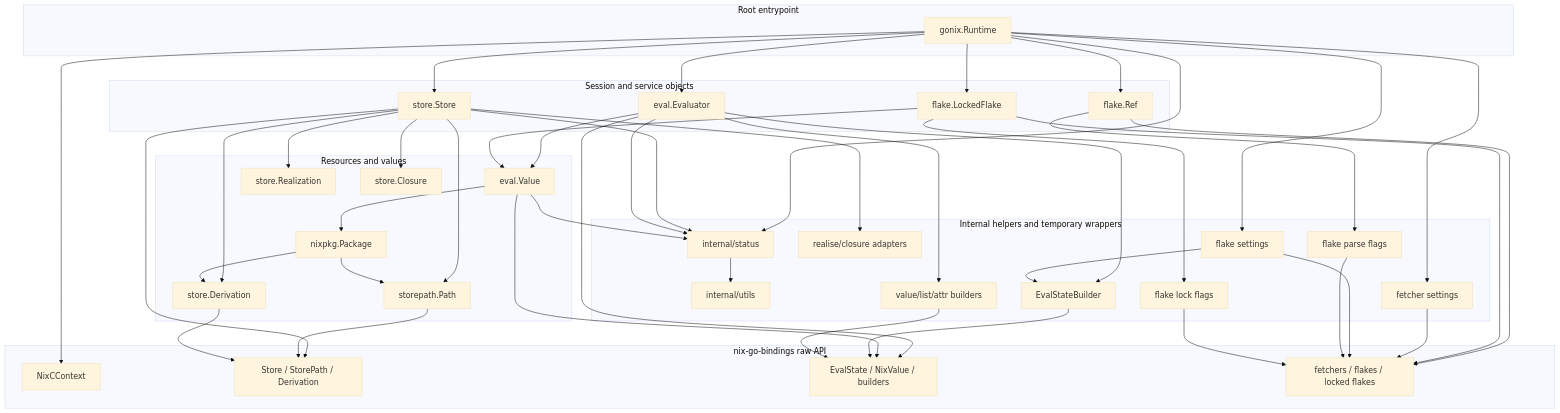
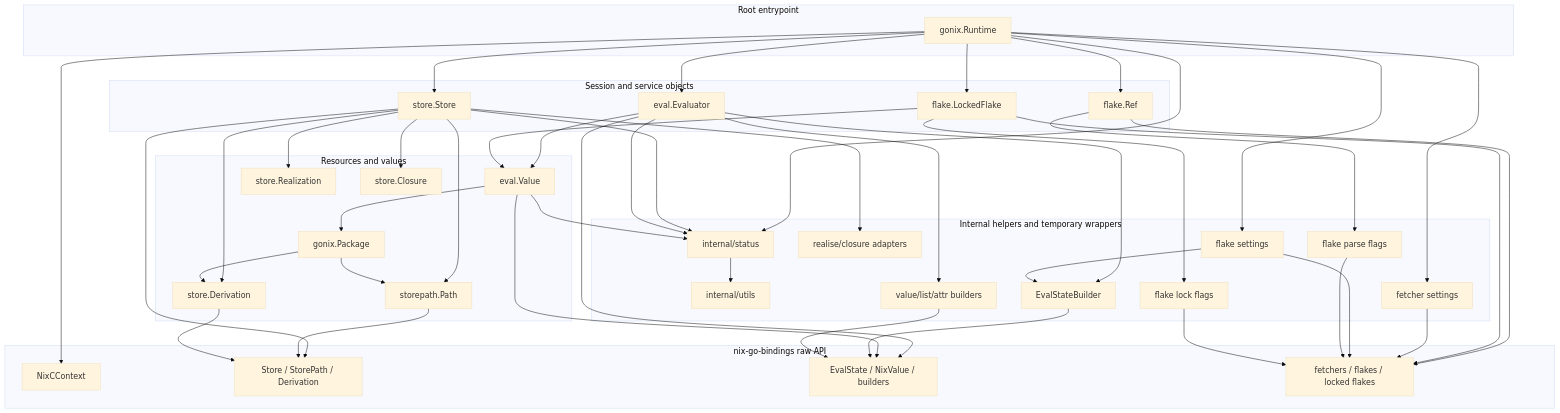
The second of 2 diagrams in docs/architecture.md (sund3RRR/gonix), drawn with Mermaid (base theme) before and after one commit. The commit also changed other lines of this file and 13 other files, not shown here.

```diff
--- a/docs/architecture.md
+++ b/docs/architecture.md
@@ -486,7 +501,7 @@
         Value["eval.Value"]
         Realization["store.Realization"]
         Closure["store.Closure"]
-        Package["nixpkg.Package"]
+        Package["gonix.Package"]
     end
 
     subgraph L4["Internal helpers and temporary wrappers"]
```
